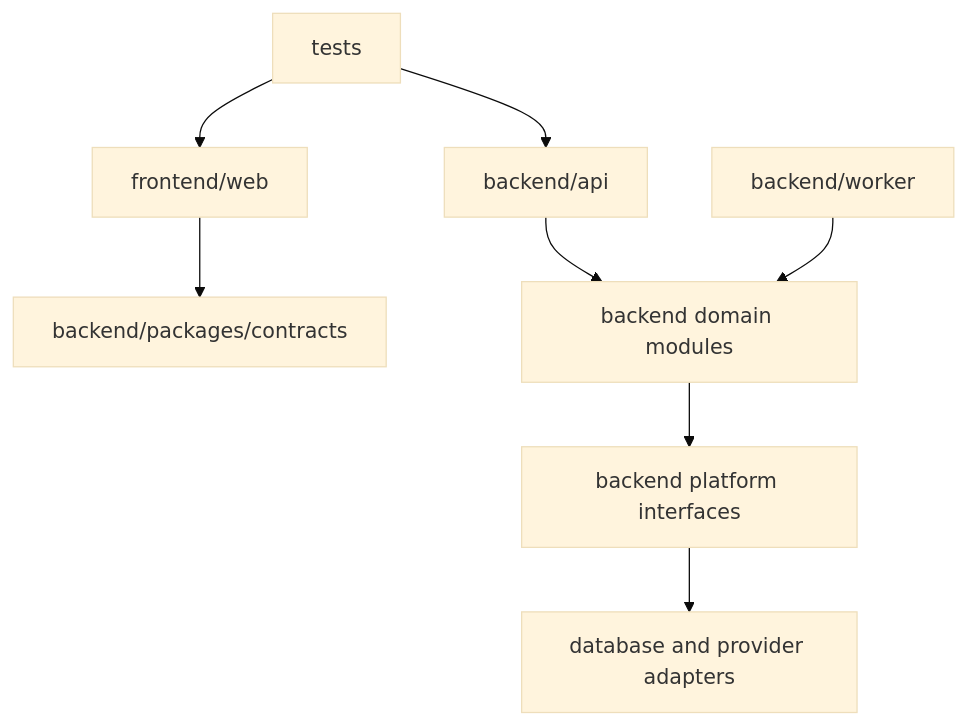
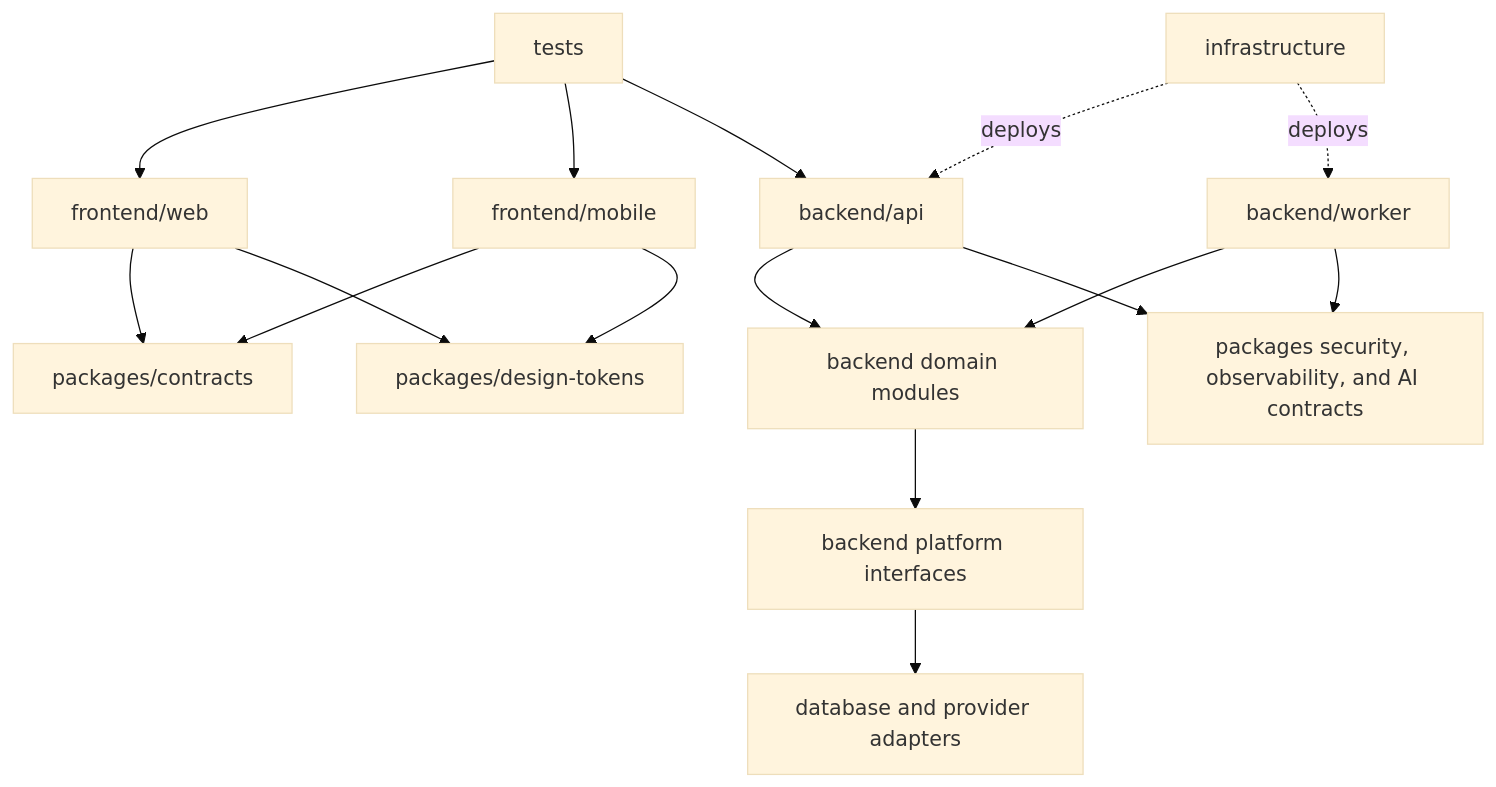
The diagram in docs/PROJECT_STRUCTURE.md (dhrubojyoti-1xl/zorfly), drawn with Mermaid (base theme) before and after one commit. The commit also changed other lines of this file and 54 other files, not shown here.

Commit message:
docs: harden enterprise architecture foundation

````diff
--- a/docs/PROJECT_STRUCTURE.md
+++ b/docs/PROJECT_STRUCTURE.md
@@ -139,10 +183,18 @@
 ```mermaid
 flowchart TD
-    Web["frontend/web"] --> Contracts["backend/packages/contracts"]
+    Web["frontend/web"] --> Contracts["packages/contracts"]
+    Mobile["frontend/mobile"] --> Contracts
+    Web --> Tokens["packages/design-tokens"]
+    Mobile --> Tokens
     API["backend/api"] --> Domain["backend domain modules"]
     Worker["backend/worker"] --> Domain
+    API --> Shared["packages security, observability, and AI contracts"]
+    Worker --> Shared
     Domain --> Platform["backend platform interfaces"]
     Platform --> Adapters["database and provider adapters"]
+    Infra["infrastructure"] -. deploys .-> API
+    Infra -. deploys .-> Worker
     CrossTests["tests"] --> Web
+    CrossTests --> Mobile
     CrossTests --> API
 ```
````
